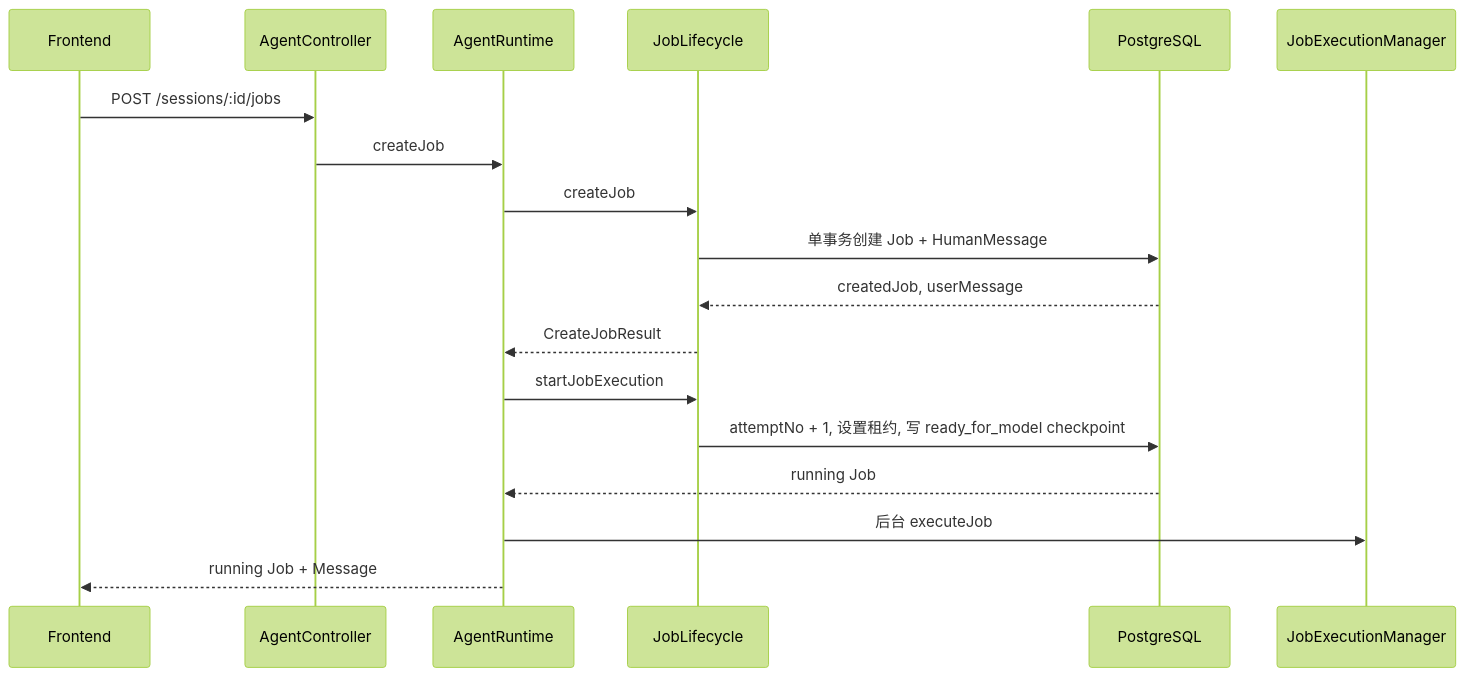
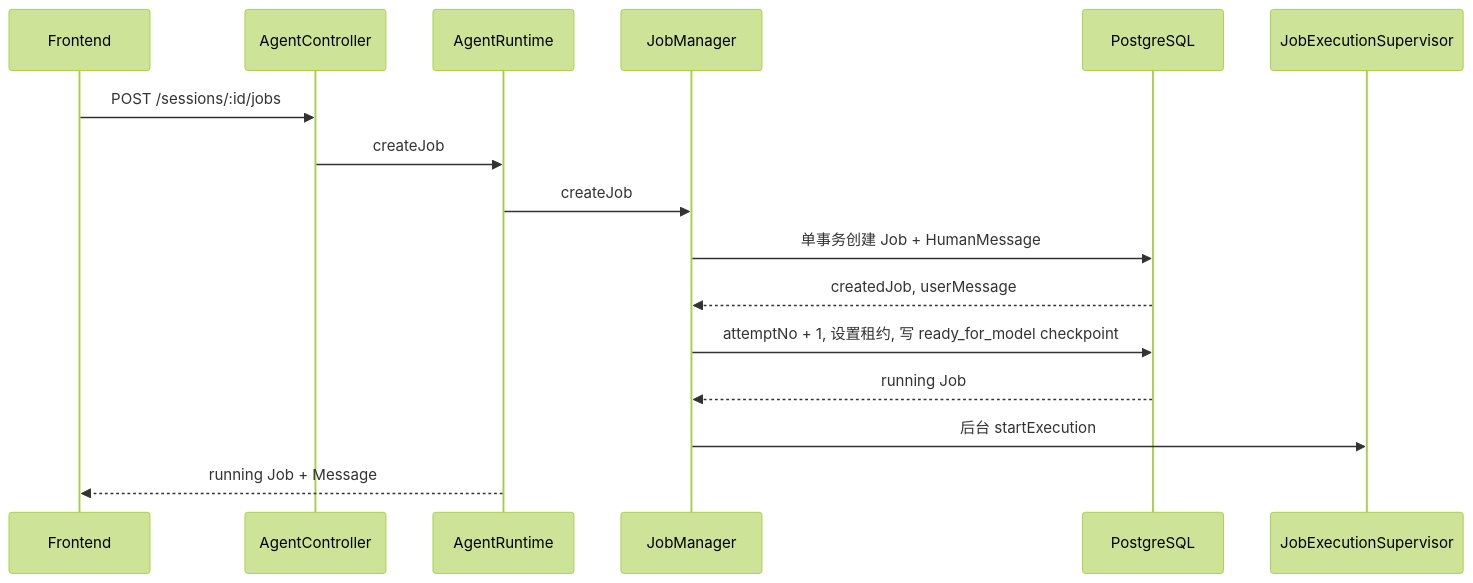
One commit to lucyonegit/agent-runtime-v2 changed the third of 13 diagrams in docs/00-current-runtime-full-chain.md. Above: the diagram before and after it, drawn with Mermaid (forest theme). The commit also changed other lines of this file and 13 other files, not shown here.

First line of the commit message:
Add JobExecutionSupervisor tests and refactor JobLifecycle tests

```diff
--- a/docs/00-current-runtime-full-chain.md
+++ b/docs/00-current-runtime-full-chain.md
@@ -331,21 +335,19 @@
 ~~~mermaid
 sequenceDiagram
     participant UI as Frontend
     participant HTTP as AgentController
     participant AR as AgentRuntime
-    participant JL as JobLifecycle
+    participant JM as JobManager
     participant DB as PostgreSQL
-    participant BG as JobExecutionManager
+    participant BG as JobExecutionSupervisor
 
     UI->>HTTP: POST /sessions/:id/jobs
     HTTP->>AR: createJob
-    AR->>JL: createJob
-    JL->>DB: 单事务创建 Job + HumanMessage
-    DB-->>JL: createdJob, userMessage
-    JL-->>AR: CreateJobResult
-    AR->>JL: startJobExecution
-    JL->>DB: attemptNo + 1, 设置租约, 写 ready_for_model checkpoint
-    DB-->>AR: running Job
-    AR->>BG: 后台 executeJob
+    AR->>JM: createJob
+    JM->>DB: 单事务创建 Job + HumanMessage
+    DB-->>JM: createdJob, userMessage
+    JM->>DB: attemptNo + 1, 设置租约, 写 ready_for_model checkpoint
+    DB-->>JM: running Job
+    JM->>BG: 后台 startExecution
     AR-->>UI: running Job + Message
 ~~~
```
